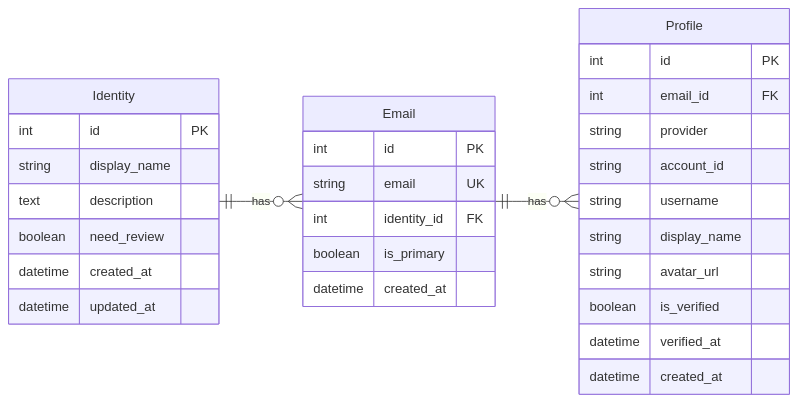
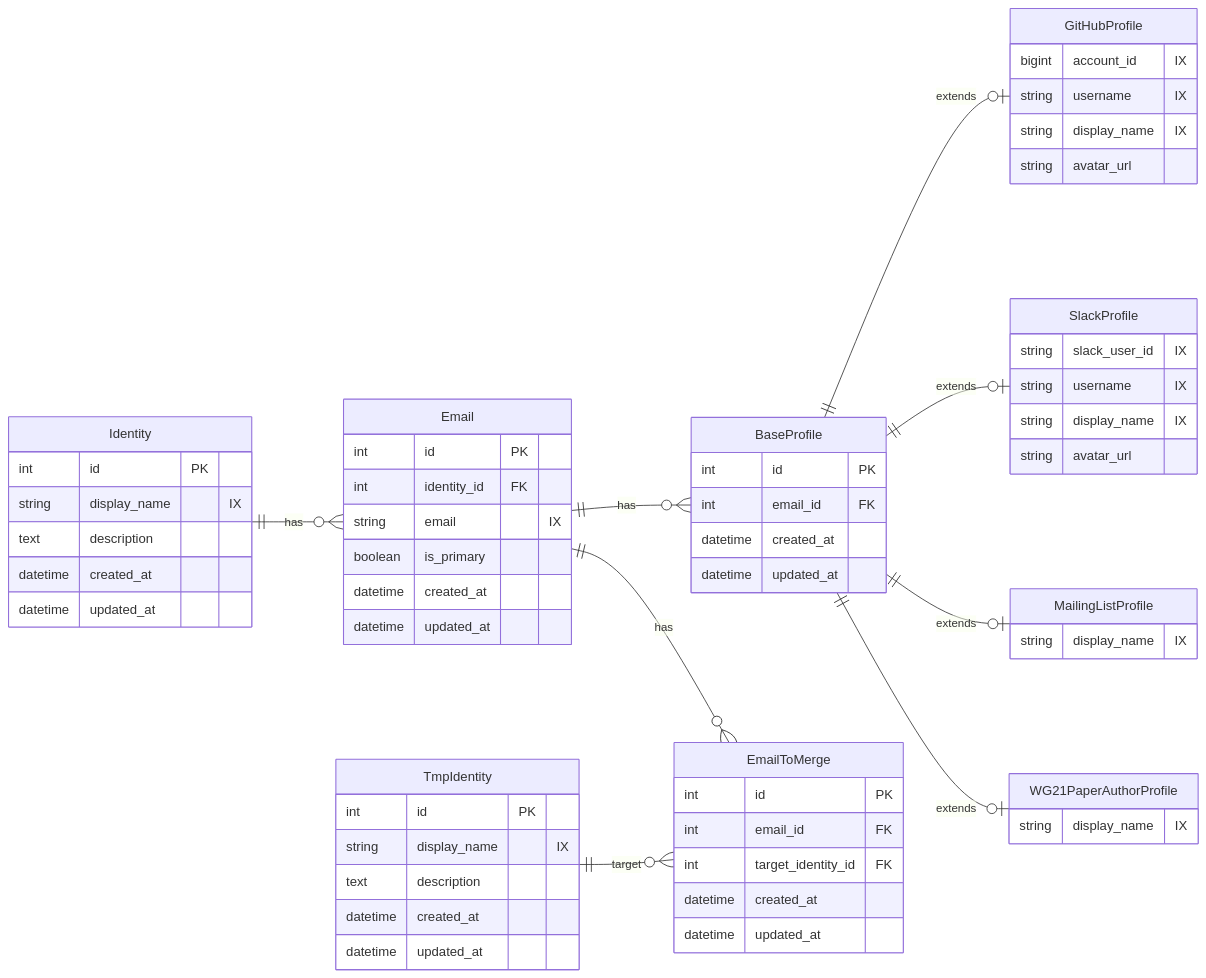
Before and after one commit to CppDigest/cppa-unified-dashboard: the first of 11 diagrams in UnifiedDashboard/GoogleCloudSQLSchema/google_cloud_sql_schema.md, drawn with Mermaid. The commit also changed other lines of this file, not shown here.

Commit message:
#148 - Update the schema according to review feedback

````diff
--- a/UnifiedDashboard/GoogleCloudSQLSchema/google_cloud_sql_schema.md
+++ b/UnifiedDashboard/GoogleCloudSQLSchema/google_cloud_sql_schema.md
@@ -45,36 +47,74 @@
 ```mermaid
 erDiagram
     direction LR
     Identity {
         int id PK
-        string display_name
+        string display_name "IX"
         text description
-        boolean need_review
         datetime created_at
         datetime updated_at
     }
 
     Email {
         int id PK
-        string email UK
         int identity_id FK
+        string email "IX"
         boolean is_primary
         datetime created_at
+        datetime updated_at
     }
 
-    Profile {
+    BaseProfile {
         int id PK
         int email_id FK
-        string provider
-        string account_id
-        string username
-        string display_name
+        datetime created_at
+        datetime updated_at
+    }
+
+    GitHubProfile {
+        bigint account_id "IX"
+        string username "IX"
+        string display_name "IX"
         string avatar_url
-        boolean is_verified
-        datetime verified_at
+    }
+
+    SlackProfile {
+        string slack_user_id "IX"
+        string username "IX"
+        string display_name "IX"
+        string avatar_url
+    }
+
+    MailingListProfile {
+        string display_name "IX"
+    }
+
+    WG21PaperAuthorProfile {
+        string display_name "IX"
+    }
+
+    TmpIdentity {
+        int id PK
+        string display_name "IX"
+        text description
         datetime created_at
+        datetime updated_at
+    }
+
+    EmailToMerge {
+        int id PK
+        int email_id FK
+        int target_identity_id FK
+        datetime created_at
+        datetime updated_at
     }
 
     Identity ||--o{ Email : "has"
-    Email ||--o{ Profile : "has"
+    Email ||--o{ BaseProfile : "has"
+    BaseProfile ||--o| GitHubProfile : "extends"
+    BaseProfile ||--o| SlackProfile : "extends"
+    BaseProfile ||--o| MailingListProfile : "extends"
+    BaseProfile ||--o| WG21PaperAuthorProfile : "extends"
+    Email ||--o{ EmailToMerge : "has"
+    TmpIdentity ||--o{ EmailToMerge : "target"
 ```
````
